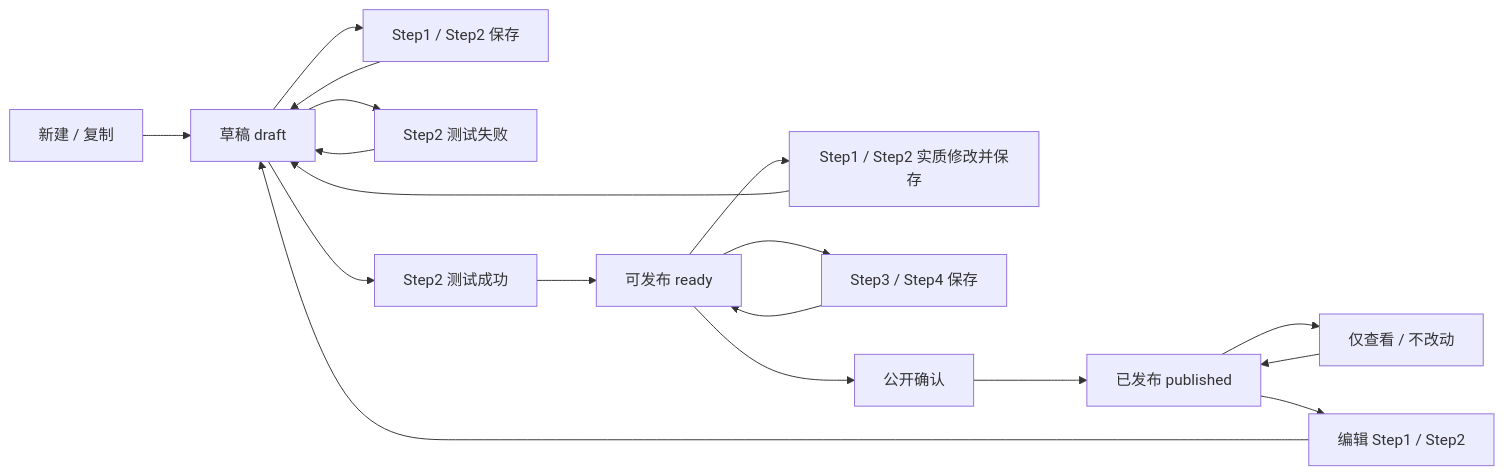
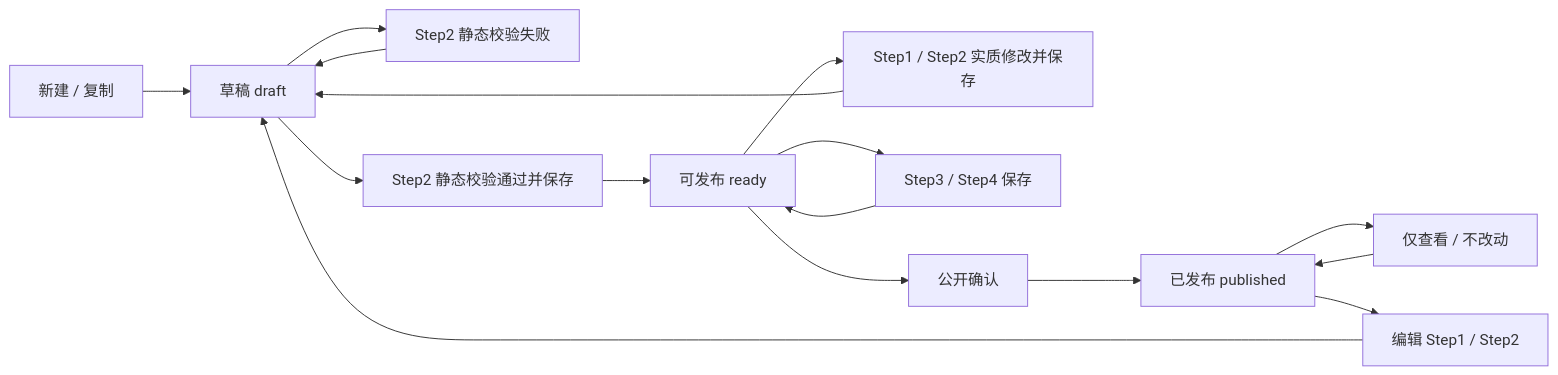
Before and after one commit to aruirage/IDP-workflow: the first of 3 diagrams in prototypes/kisoku-nintei/PRD.zh-CN.md, drawn with Mermaid. The commit also changed other lines of this file and 12 other files, not shown here.

````diff
--- a/prototypes/kisoku-nintei/PRD.zh-CN.md
+++ b/prototypes/kisoku-nintei/PRD.zh-CN.md
@@ -77,20 +76,18 @@
 ```mermaid
 flowchart LR
   newScene["新建 / 复制"] --> draft["草稿 draft"]
-  draft --> save12["Step1 / Step2 保存"]
-  save12 --> draft
-  draft --> testFail["Step2 测试失败"]
-  testFail --> draft
-  draft --> testPass["Step2 测试成功"]
-  testPass --> ready["可发布 ready"]
+  draft --> staticFail["Step2 静态校验失败"]
+  staticFail --> draft
+  draft --> save2["Step2 静态校验通过并保存"]
+  save2 --> ready["可发布 ready"]
   ready --> edit12["Step1 / Step2 实质修改并保存"]
   edit12 --> draft
   ready --> save34["Step3 / Step4 保存"]
   save34 --> ready
   ready --> publish["公开确认"]
   publish --> published["已发布 published"]
   published --> viewOnly["仅查看 / 不改动"]
   viewOnly --> published
   published --> editPublished["编辑 Step1 / Step2"]
   editPublished --> draft
 ```
````
